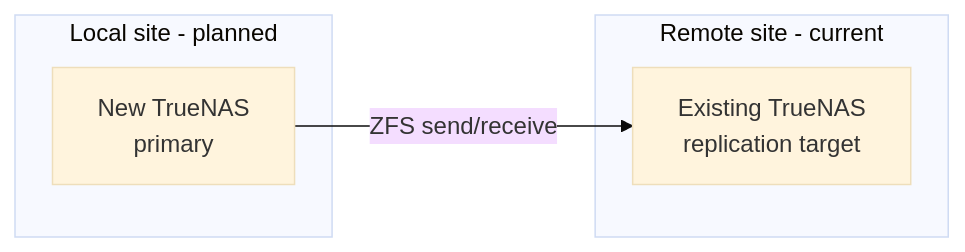
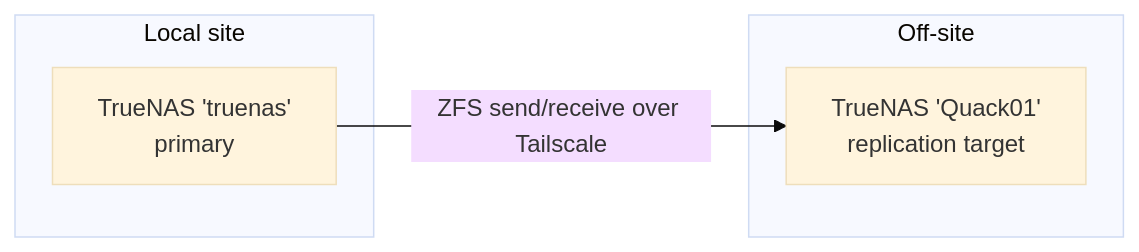
Before and after one commit to H-Mateus/homelab: the third of 3 diagrams in docs/architecture.md, drawn with Mermaid (base theme). The commit also changed other lines of this file, not shown here.

First line of the commit message:
docs(architecture): storage migration to the primary complete

````diff
--- a/docs/architecture.md
+++ b/docs/architecture.md
@@ -194,10 +224,10 @@
 ```mermaid
 flowchart LR
-    subgraph Local[Local site - planned]
-        NewTrueNAS[New TrueNAS<br/>primary]
+    subgraph Local[Local site]
+        NewTrueNAS[TrueNAS 'truenas'<br/>primary]
     end
-    subgraph Remote[Remote site - current]
-        OldTrueNAS[Existing TrueNAS<br/>replication target]
+    subgraph Remote[Off-site]
+        OldTrueNAS[TrueNAS 'Quack01'<br/>replication target]
     end
-    NewTrueNAS -->|ZFS send/receive| OldTrueNAS
+    NewTrueNAS -->|ZFS send/receive over Tailscale| OldTrueNAS
 ```
````
